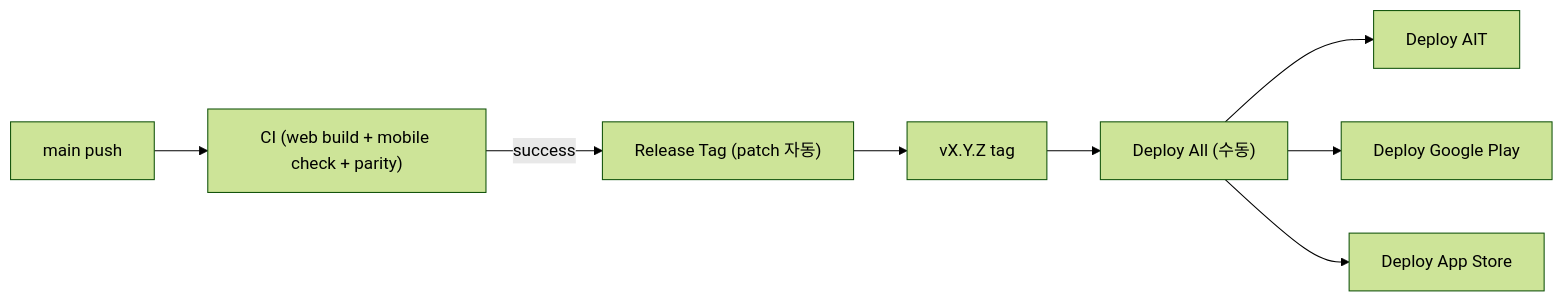
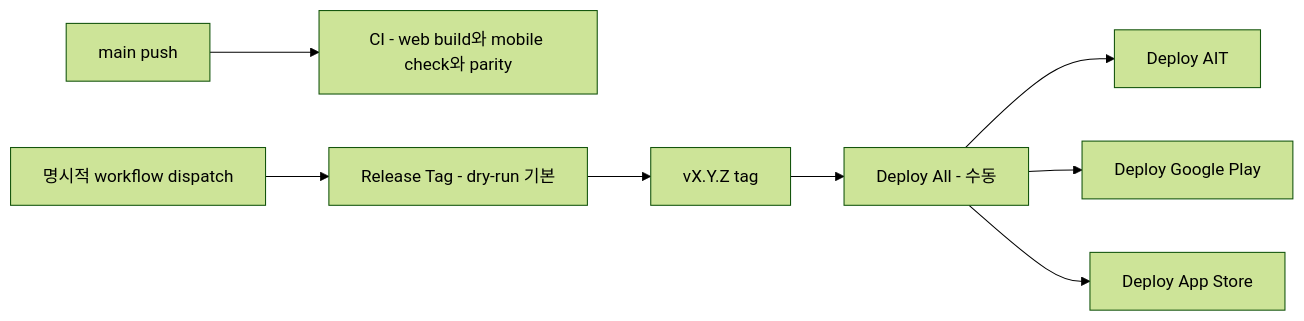
The diagram in docs/release-versioning.md (seorilabs/crossword-puzzle), drawn with Mermaid (forest theme) before and after one commit. The commit also changed other lines of this file and 29 other files, not shown here.

````diff
--- a/docs/release-versioning.md
+++ b/docs/release-versioning.md
@@ -14,10 +13,10 @@
 ```mermaid
 flowchart LR
-  Push["main push"] --> CI["CI (web build + mobile check + parity)"]
-  CI -->|success| Tag["Release Tag (patch 자동)"]
+  Push["main push"] --> CI["CI - web build와 mobile check와 parity"]
+  Manual["명시적 workflow dispatch"] --> Tag["Release Tag - dry-run 기본"]
   Tag --> Semver["vX.Y.Z tag"]
-  Semver --> DeployAll["Deploy All (수동)"]
+  Semver --> DeployAll["Deploy All - 수동"]
   DeployAll --> AIT["Deploy AIT"]
   DeployAll --> Play["Deploy Google Play"]
   DeployAll --> Store["Deploy App Store"]
 ```
````
